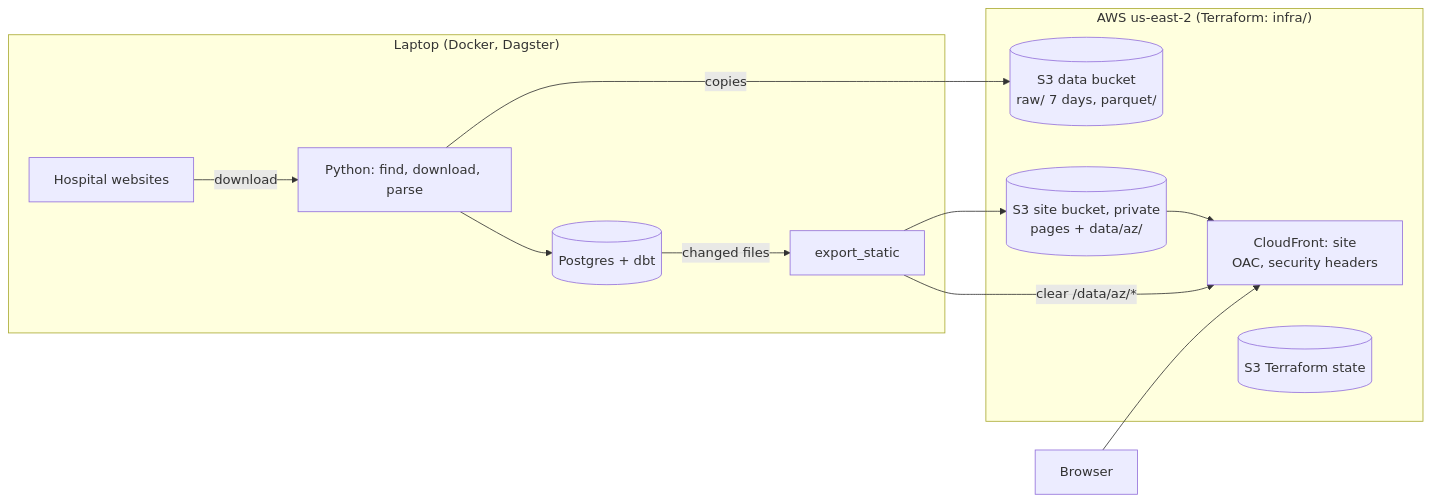
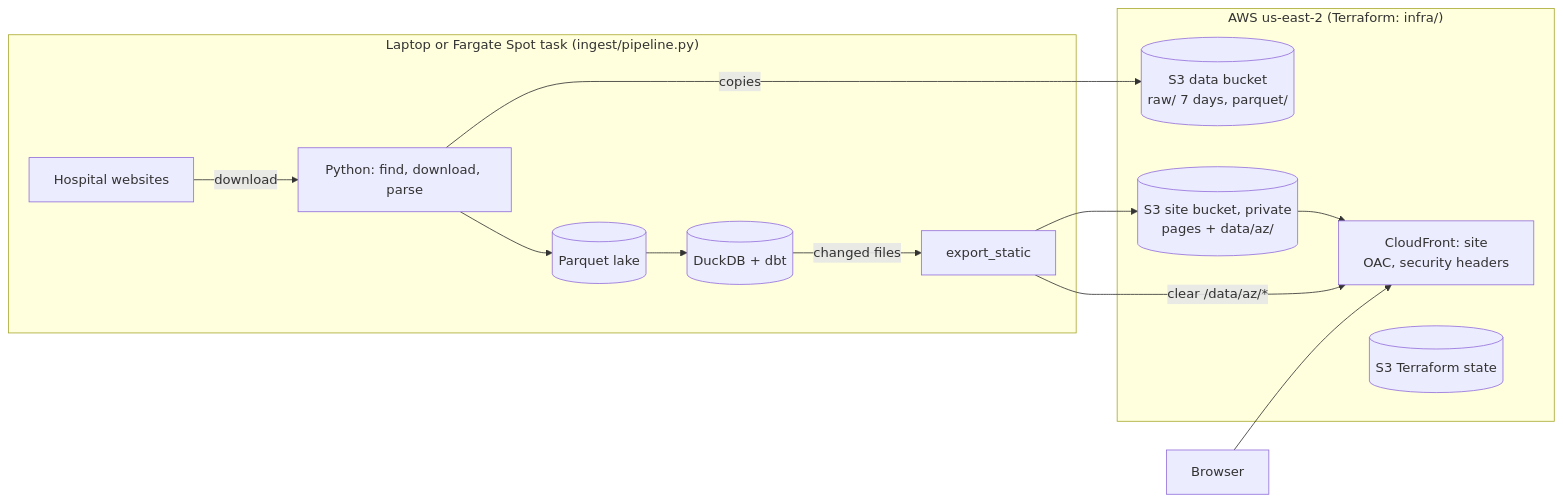
The diagram in docs/03-cloud.md (AdrianMarrs/az-price-transparency), drawn with Mermaid before and after one commit. The commit also changed other lines of this file and 23 other files, not shown here.

````diff
--- a/docs/03-cloud.md
+++ b/docs/03-cloud.md
@@ -7,17 +7,18 @@
 ```mermaid
 flowchart LR
-    subgraph laptop["Laptop (Docker, Dagster)"]
+    subgraph laptop["Laptop or Fargate Spot task (ingest/pipeline.py)"]
         H[Hospital websites] -->|download| P[Python: find, download, parse]
-        P --> PG[(Postgres + dbt)]
-        PG -->|changed files| X[export_static]
+        P --> L[(Parquet lake)]
+        L --> DB[(DuckDB + dbt)]
+        DB -->|changed files| X[export_static]
     end
     subgraph aws["AWS us-east-2 (Terraform: infra/)"]
         S3D[(S3 data bucket<br/>raw/ 7 days, parquet/)]
         S3S[(S3 site bucket, private<br/>pages + data/az/)] --> CFS[CloudFront: site<br/>OAC, security headers]
         S3T[(S3 Terraform state)]
     end
     P -->|copies| S3D
     X --> S3S
     X -->|clear /data/az/*| CFS
     B[Browser] --> CFS
 ```
````
